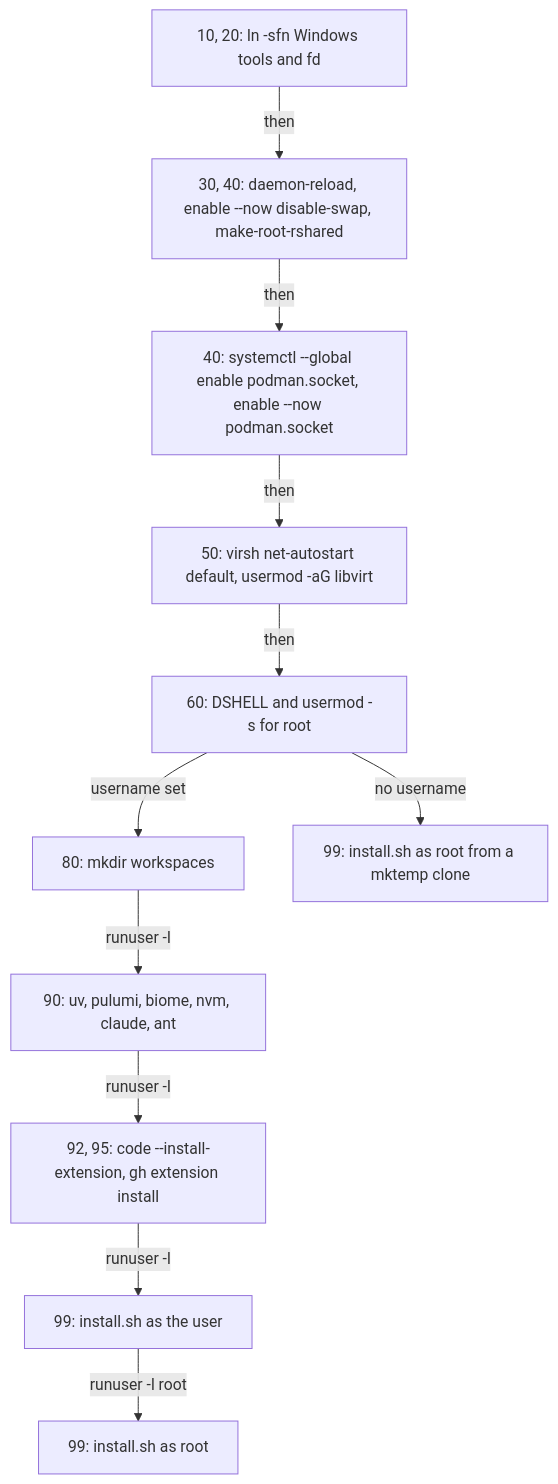
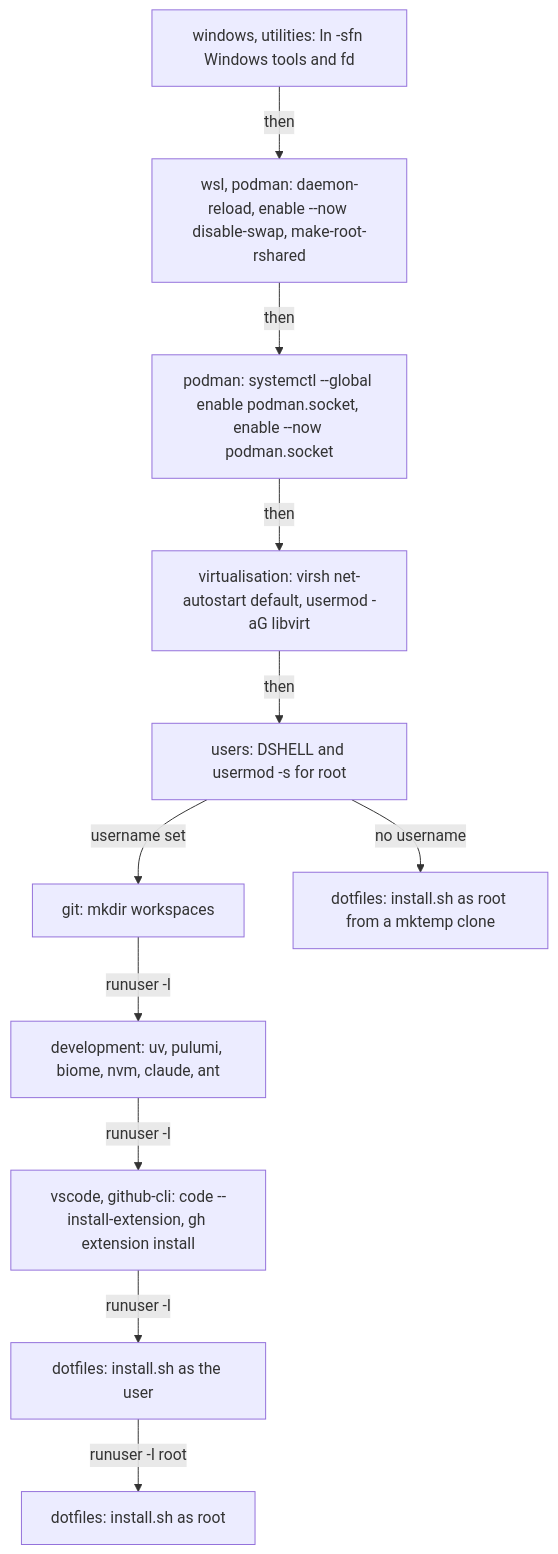
Before and after one commit to froazin/wsl: the third of 3 diagrams in docs/provisioning.md, drawn with Mermaid. The commit also changed other lines of this file and 58 other files, not shown here.

````diff
--- a/docs/provisioning.md
+++ b/docs/provisioning.md
@@ -104,15 +104,15 @@
 ```mermaid
 flowchart TD
     accTitle: runcmd order
-    accDescr: runcmd runs the fragments' entries in name order. It links the Windows tools and fd, enables the system units and the global podman socket, sets up libvirt, sets zsh for new users and root, then either makes the user's workspaces, installs their tools and extensions and runs install.sh for the user and root, or runs install.sh for root from a temporary clone.
-    links["10, 20: ln -sfn Windows tools and fd"] -->|then| units["30, 40: daemon-reload, enable --now disable-swap, make-root-rshared"]
-    units -->|then| global["40: systemctl --global enable podman.socket, enable --now podman.socket"]
-    global -->|then| virsh["50: virsh net-autostart default, usermod -aG libvirt"]
-    virsh -->|then| shells["60: DSHELL and usermod -s for root"]
-    shells -->|username set| prep["80: mkdir workspaces"]
-    prep -->|runuser -l| tools["90: uv, pulumi, biome, nvm, claude, ant"]
-    tools -->|runuser -l| ext["92, 95: code --install-extension, gh extension install"]
-    ext -->|runuser -l| userinstall["99: install.sh as the user"]
-    userinstall -->|runuser -l root| rootinstall["99: install.sh as root"]
-    shells -->|no username| tmp["99: install.sh as root from a mktemp clone"]
+    accDescr: runcmd runs the fragments' entries in the manifest's order. It links the Windows tools and fd, enables the system units and the global podman socket, sets up libvirt, sets zsh for new users and root, then either makes the user's workspaces, installs their tools and extensions and runs install.sh for the user and root, or runs install.sh for root from a temporary clone.
+    links["windows, utilities: ln -sfn Windows tools and fd"] -->|then| units["wsl, podman: daemon-reload, enable --now disable-swap, make-root-rshared"]
+    units -->|then| global["podman: systemctl --global enable podman.socket, enable --now podman.socket"]
+    global -->|then| virsh["virtualisation: virsh net-autostart default, usermod -aG libvirt"]
+    virsh -->|then| shells["users: DSHELL and usermod -s for root"]
+    shells -->|username set| prep["git: mkdir workspaces"]
+    prep -->|runuser -l| tools["development: uv, pulumi, biome, nvm, claude, ant"]
+    tools -->|runuser -l| ext["vscode, github-cli: code --install-extension, gh extension install"]
+    ext -->|runuser -l| userinstall["dotfiles: install.sh as the user"]
+    userinstall -->|runuser -l root| rootinstall["dotfiles: install.sh as root"]
+    shells -->|no username| tmp["dotfiles: install.sh as root from a mktemp clone"]
 ```
````
